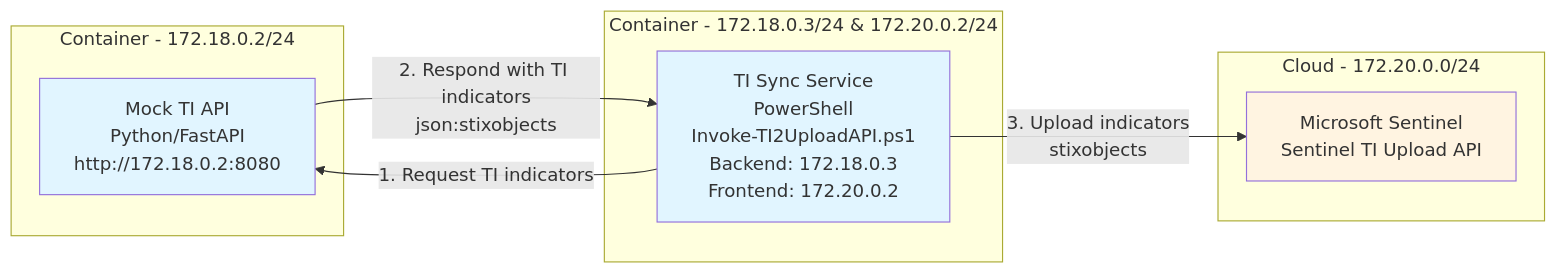
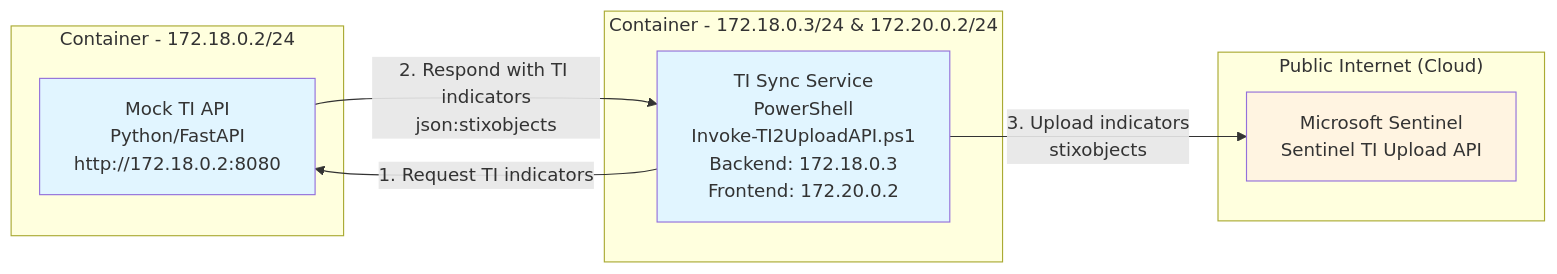
Before and after one commit to dcodev1702/Sentinel-TI-Upload-with-Mock-TI-API: the diagram in README.md, drawn with Mermaid.

Commit message:
Change subgraph label in README.md
Updated subgraph label from 'Cloud - 172.20.0.0/24' to 'Public Internet (Cloud)' in README.

````diff
--- a/README.md
+++ b/README.md
@@ -6,22 +6,22 @@
 ```mermaid
 graph LR
     subgraph "Container - 172.18.0.2/24"
         A[Mock TI API<br/>Python/FastAPI<br/>http://172.18.0.2:8080]
     end
     
     subgraph "Container - 172.18.0.3/24 & 172.20.0.2/24"
         B[TI Sync Service<br/>PowerShell<br/>Invoke-TI2UploadAPI.ps1<br/>Backend: 172.18.0.3<br/>Frontend: 172.20.0.2]
     end
     
-    subgraph "Cloud - 172.20.0.0/24"
+    subgraph "Public Internet (Cloud)"
         C[Microsoft Sentinel<br/>Sentinel TI Upload API]
     end
     
     B -->|1. Request TI indicators| A
     A -->|2. Respond with TI indicators<br/>json:stixobjects| B
     B -->|3. Upload indicators<br/>stixobjects| C
     
     style A fill:#e1f5ff
     style B fill:#e1f5ff
     style C fill:#fff4e1
 ```
````
